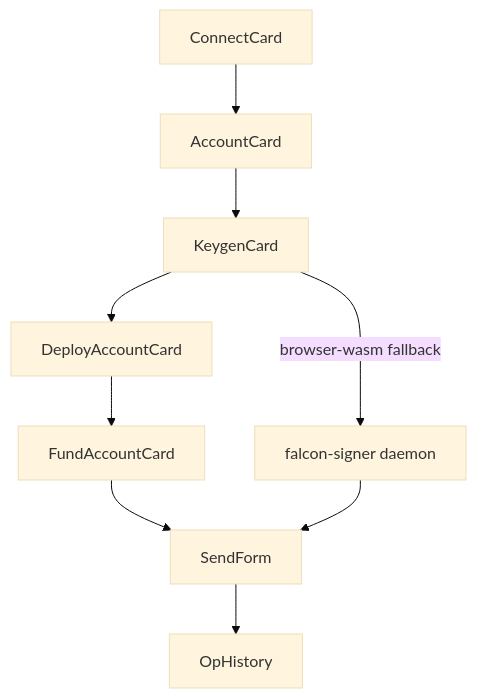
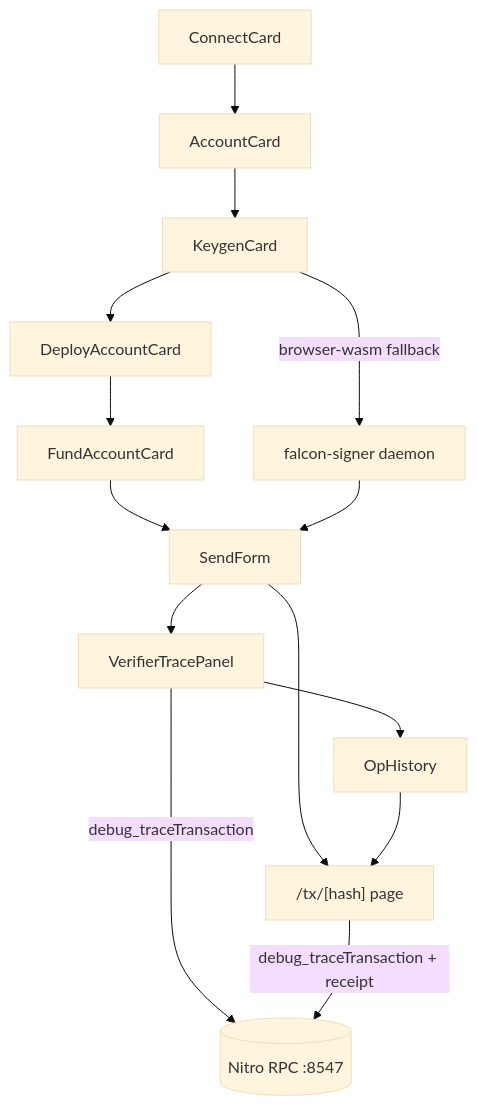
Before and after one commit to Vib-UX/nexora: the diagram in docs/dashboard-flow.md, drawn with Mermaid (base theme). The commit also changed other lines of this file and 15 other files, not shown here.

First line of the commit message:
feat(dashboard): in-app tx explorer and verifier trace for Nitro

````diff
--- a/docs/dashboard-flow.md
+++ b/docs/dashboard-flow.md
@@ -9,11 +9,16 @@
 ```mermaid
 flowchart TD
     Connect[ConnectCard] --> Account[AccountCard]
     Account --> Keygen[KeygenCard]
     Keygen --> Deploy[DeployAccountCard]
     Deploy --> Fund[FundAccountCard]
     Fund --> Send[SendForm]
-    Send --> History[OpHistory]
+    Send --> Trace[VerifierTracePanel]
+    Trace --> History[OpHistory]
+    Send --> TxPage["/tx/[hash] page"]
+    History --> TxPage
     Keygen -- "browser-wasm fallback" --> Daemon[falcon-signer daemon]
     Daemon --> Send
+    Trace -- "debug_traceTransaction" --> Nitro[(Nitro RPC :8547)]
+    TxPage -- "debug_traceTransaction + receipt" --> Nitro
 ```
````
